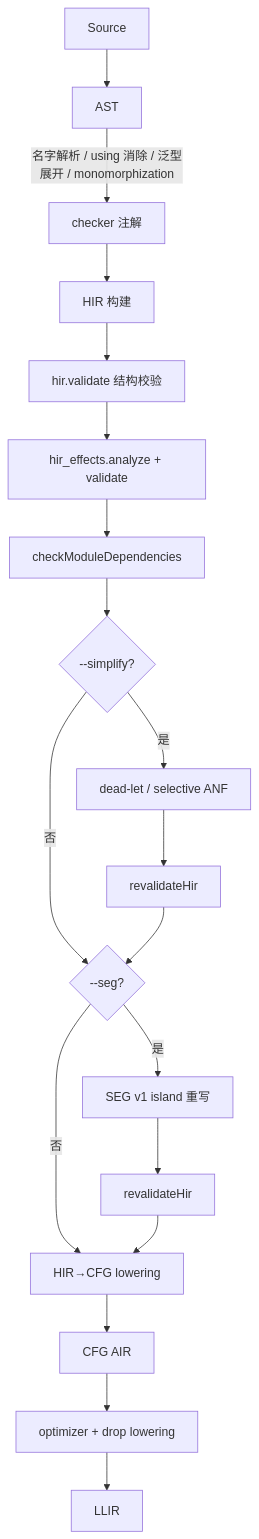
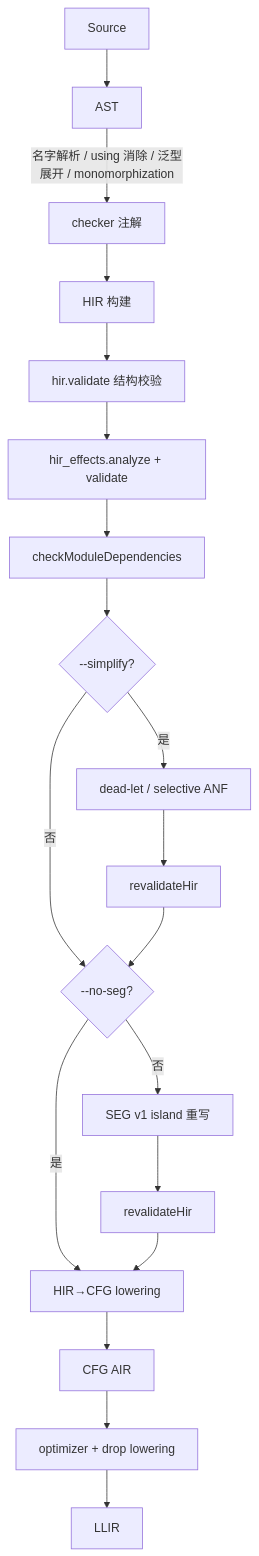
One commit to zoltrazig/stilla changed the first of 2 diagrams in docs/hir.md. Above: the diagram before and after it, drawn with Mermaid. The commit also changed other lines of this file and 13 other files, not shown here.

````diff
--- a/docs/hir.md
+++ b/docs/hir.md
@@ -73,19 +74,19 @@
 ```mermaid
 flowchart TD
     S[Source] --> AST[AST]
     AST -->|名字解析 / using 消除 / 泛型展开 / monomorphization| CHK[checker 注解]
     CHK --> BUILD[HIR 构建]
     BUILD --> V1[hir.validate 结构校验]
     V1 --> EFF[hir_effects.analyze + validate]
     EFF --> MC[checkModuleDependencies]
     MC --> SIMPQ{--simplify?}
     SIMPQ -->|是| ANF[dead-let / selective ANF] --> RV1[revalidateHir]
-    SIMPQ -->|否| SEGQ{--seg?}
+    SIMPQ -->|否| SEGQ{--no-seg?}
     RV1 --> SEGQ
-    SEGQ -->|是| SEG[SEG v1 island 重写] --> RV2[revalidateHir]
-    SEGQ -->|否| LOWER[HIR→CFG lowering]
+    SEGQ -->|否| SEG[SEG v1 island 重写] --> RV2[revalidateHir]
+    SEGQ -->|是| LOWER[HIR→CFG lowering]
     RV2 --> LOWER
     LOWER --> AIRC[CFG AIR]
     AIRC --> OPT[optimizer + drop lowering]
     OPT --> LLIR[LLIR]
 ```
````
